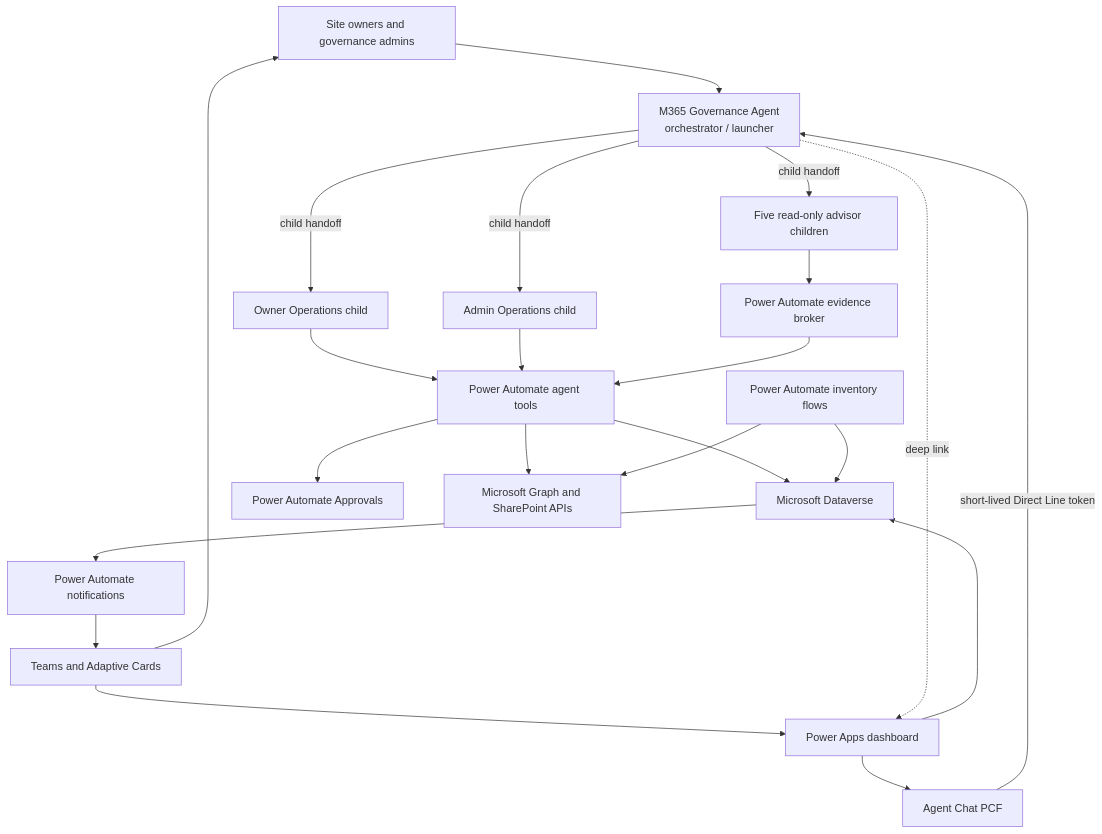
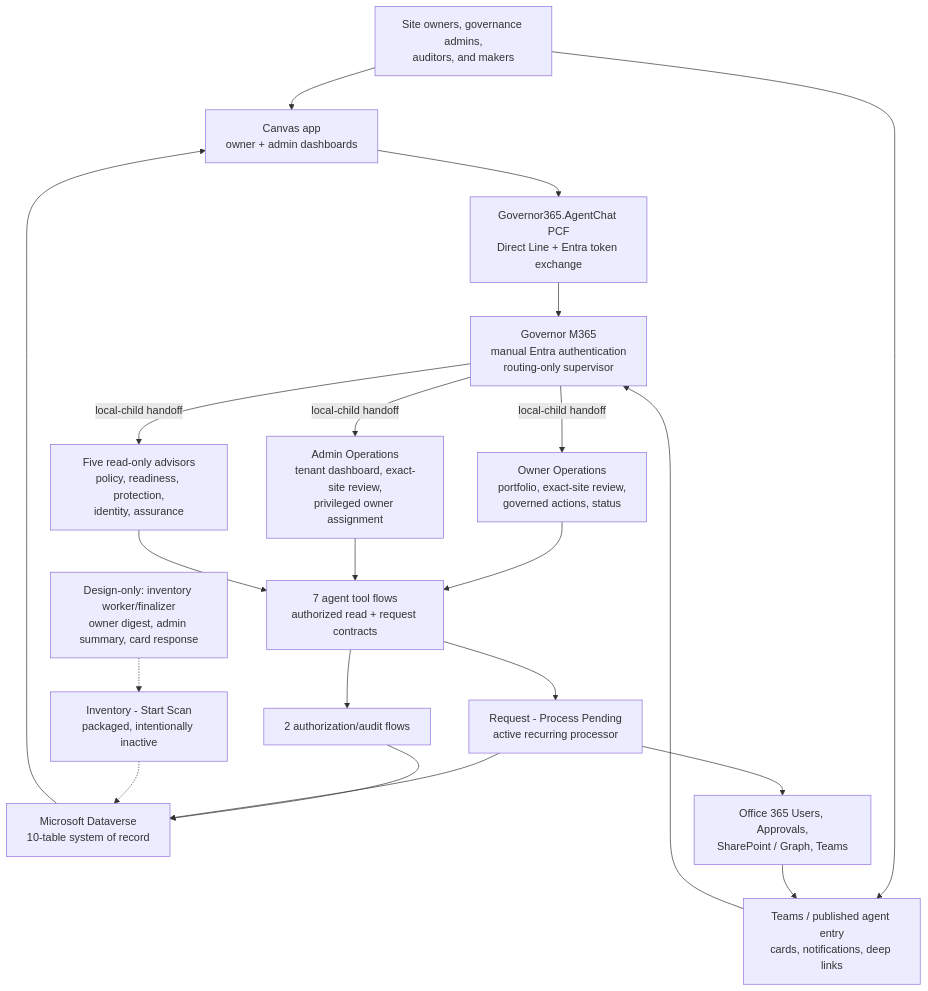
The diagram in docs/22-Agent-Orchestration-Architecture.md (sofiane-ben80/M365GovAIAgent), drawn with Mermaid before and after one commit. The commit also changed other lines of this file and 3 other files, not shown here.

First line of the commit message:
docs: refresh Governor365 architecture diagrams

````diff
--- a/docs/22-Agent-Orchestration-Architecture.md
+++ b/docs/22-Agent-Orchestration-Architecture.md
@@ -10,27 +10,29 @@
 ```mermaid
 flowchart TB
-    Users["Site owners and governance admins"] --> Orchestrator["M365 Governance Agent<br/>orchestrator / launcher"]
-    Orchestrator -->|child handoff| Owner["Owner Operations child"]
-    Orchestrator -->|child handoff| Admin["Admin Operations child"]
-    Orchestrator -->|child handoff| Advisors["Five read-only advisor children"]
+    Users["Site owners, governance admins,<br/>auditors, and makers"]
+    Apps["Canvas app<br/>owner + admin dashboards"]
+    PCF["Governor365.AgentChat PCF<br/>Direct Line + Entra token exchange"]
+    Teams["Teams / published agent entry<br/>cards, notifications, deep links"]
+    Governor["Governor M365<br/>manual Entra authentication<br/>routing-only supervisor"]
 
-    Owner --> Tools["Power Automate agent tools"]
+    Users --> Apps --> PCF --> Governor
+    Users --> Teams --> Governor
+
+    Governor -->|local-child handoff| Owner["Owner Operations<br/>portfolio, exact-site review,<br/>governed actions, status"]
+    Governor -->|local-child handoff| Admin["Admin Operations<br/>tenant dashboard, exact-site review,<br/>privileged owner assignment"]
+    Governor -->|local-child handoff| Advisors["Five read-only advisors<br/>policy, readiness, protection,<br/>identity, assurance"]
+
+    Owner --> Tools["7 agent tool flows<br/>authorized read + request contracts"]
     Admin --> Tools
-    Advisors --> Broker["Power Automate evidence broker"]
-    Broker --> Tools
+    Advisors --> Tools
+    Tools --> Controls["2 authorization/audit flows"]
+    Tools --> Processor["Request - Process Pending<br/>active recurring processor"]
+    Controls --> DV["Microsoft Dataverse<br/>10-table system of record"]
+    Processor --> DV
+    Processor --> Services["Office 365 Users, Approvals,<br/>SharePoint / Graph, Teams"]
+    DV --> Apps
+    Services --> Teams
 
-    Tools --> DV["Microsoft Dataverse"]
-    Tools --> Approvals["Power Automate Approvals"]
-    Tools --> M365["Microsoft Graph and SharePoint APIs"]
-    DV --> Notifications["Power Automate notifications"]
-    Notifications --> Teams["Teams and Adaptive Cards"]
-    Teams --> Users
-
-    Teams --> Apps["Power Apps dashboard"]
-    Apps --> DV
-    Orchestrator -. deep link .-> Apps
-    Apps --> PCF["Agent Chat PCF"]
-    PCF -->|short-lived Direct Line token| Orchestrator
-    Inventory["Power Automate inventory flows"] --> M365
-    Inventory --> DV
+    Inventory["Inventory - Start Scan<br/>packaged, intentionally inactive"] -.-> DV
+    Roadmap["Design-only: inventory worker/finalizer<br/>owner digest, admin summary, card response"] -.-> Inventory
 ```
````
